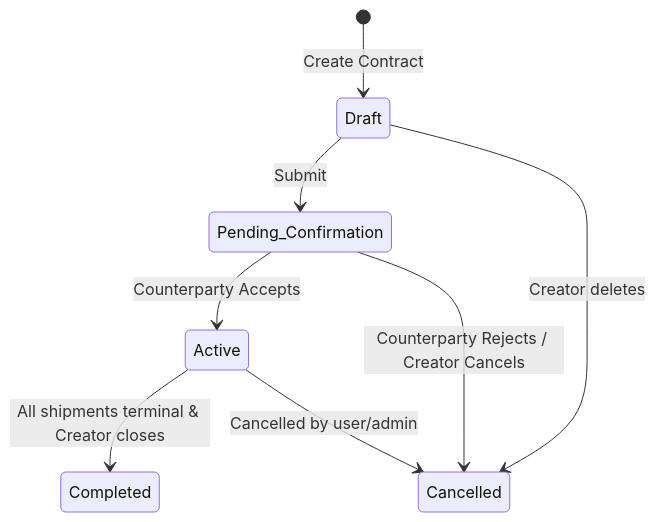
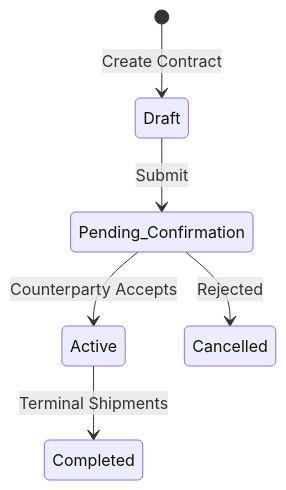
The fifth of 12 diagrams in docs/WORKFLOW_ARCHITECTURE.md (mmuaibed/Tadweerah-Hub), drawn with Mermaid before and after one commit. The commit also changed other lines of this file, not shown here.

Commit message:
docs: restructure workflow architecture to separate current vs future scope and add licensed transporter and recycled materials markets

````diff
--- a/docs/WORKFLOW_ARCHITECTURE.md
+++ b/docs/WORKFLOW_ARCHITECTURE.md
@@ -80,10 +195,8 @@
 ```mermaid
 stateDiagram-v2
     [*] --> Draft: Create Contract
     Draft --> Pending_Confirmation: Submit
     Pending_Confirmation --> Active: Counterparty Accepts
-    Pending_Confirmation --> Cancelled: Counterparty Rejects / Creator Cancels
-    Active --> Completed: All shipments terminal & Creator closes
-    Active --> Cancelled: Cancelled by user/admin
-    Draft --> Cancelled: Creator deletes
+    Pending_Confirmation --> Cancelled: Rejected
+    Active --> Completed: Terminal Shipments
 ```
````
